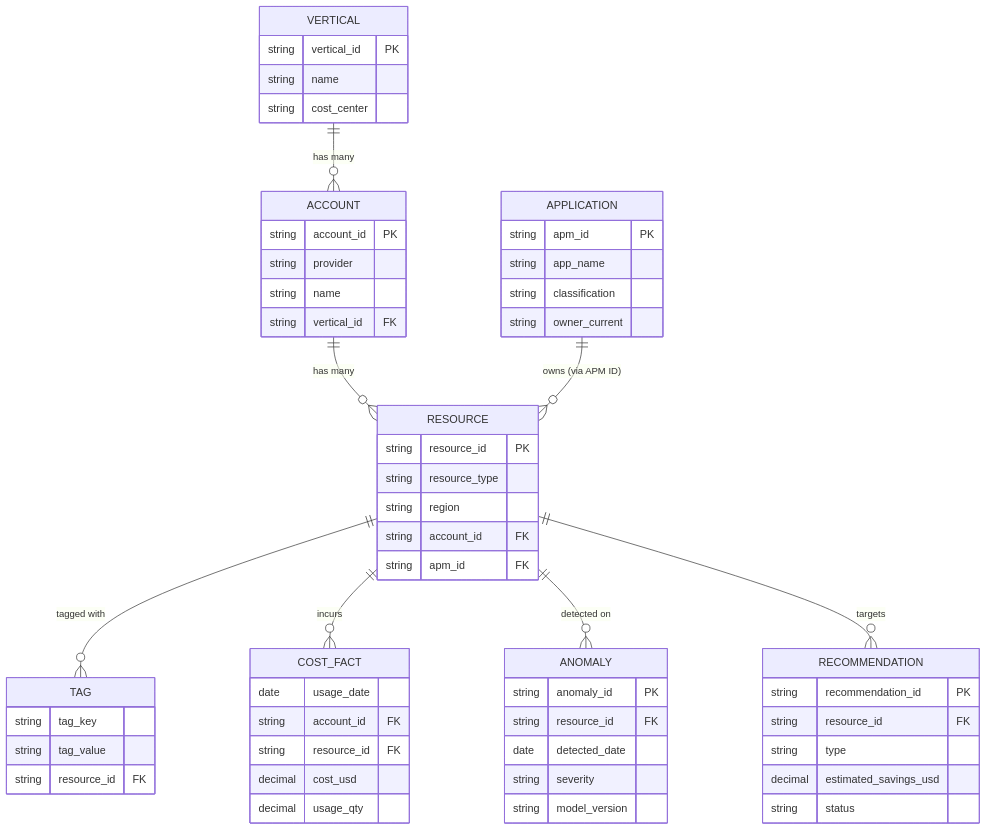
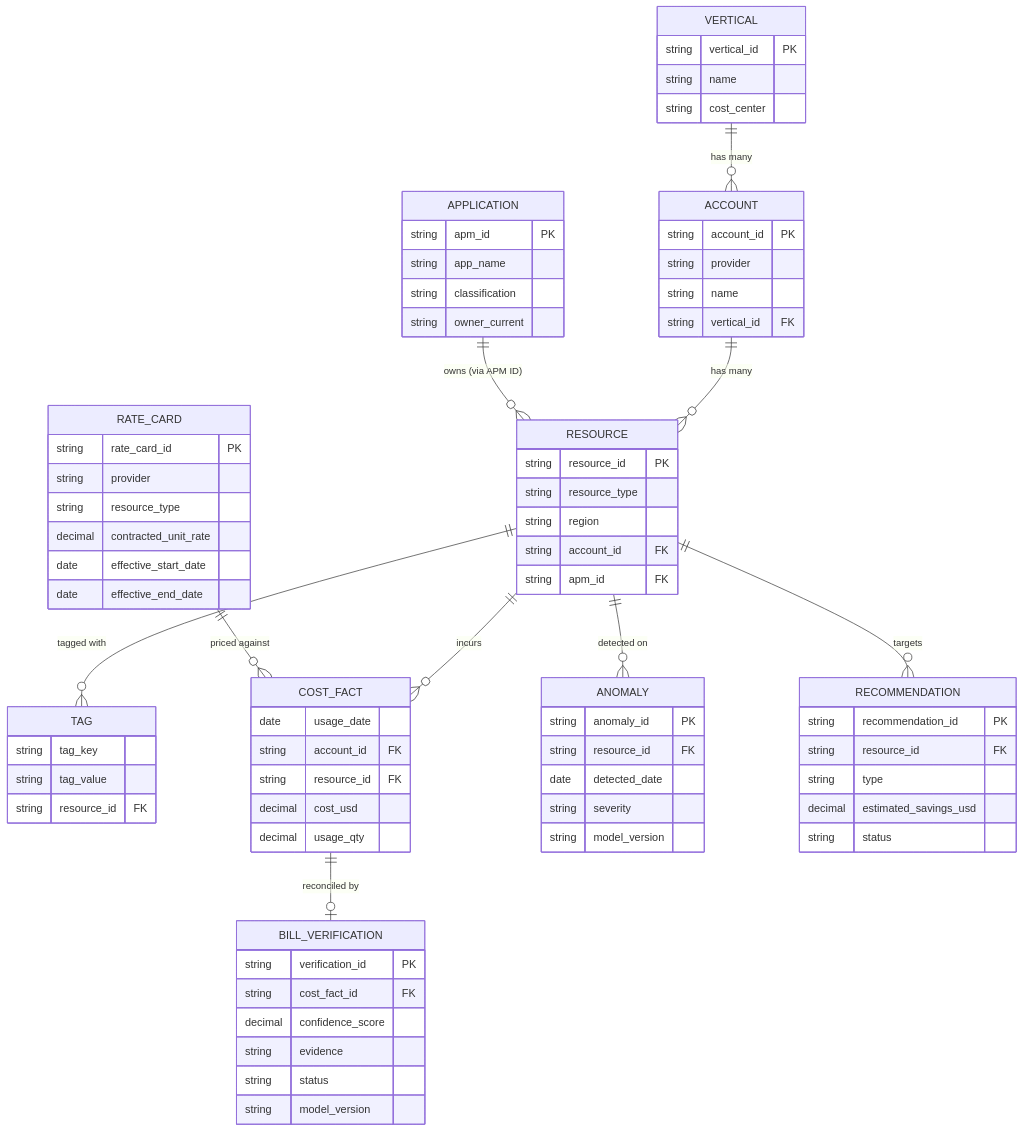
Before and after one commit to mbnest/finops-intelligence-platform: the second of 2 diagrams in docs/Solution_Architecture_Data_Foundations.md, drawn with Mermaid. The commit also changed other lines of this file and 5 other files, not shown here.

````diff
--- a/docs/Solution_Architecture_Data_Foundations.md
+++ b/docs/Solution_Architecture_Data_Foundations.md
@@ -114,61 +115,79 @@
 ```mermaid
 erDiagram
     VERTICAL ||--o{ ACCOUNT : "has many"
     ACCOUNT ||--o{ RESOURCE : "has many"
     APPLICATION ||--o{ RESOURCE : "owns (via APM ID)"
     RESOURCE ||--o{ TAG : "tagged with"
     RESOURCE ||--o{ COST_FACT : "incurs"
     RESOURCE ||--o{ ANOMALY : "detected on"
     RESOURCE ||--o{ RECOMMENDATION : "targets"
+    RATE_CARD ||--o{ COST_FACT : "priced against"
+    COST_FACT ||--o| BILL_VERIFICATION : "reconciled by"
 
     VERTICAL {
         string vertical_id PK
         string name
         string cost_center
     }
     ACCOUNT {
         string account_id PK
         string provider
         string name
         string vertical_id FK
     }
     APPLICATION {
         string apm_id PK
         string app_name
         string classification
         string owner_current
     }
     RESOURCE {
         string resource_id PK
         string resource_type
         string region
         string account_id FK
         string apm_id FK
     }
     TAG {
         string tag_key
         string tag_value
         string resource_id FK
     }
     COST_FACT {
         date usage_date
         string account_id FK
         string resource_id FK
         decimal cost_usd
         decimal usage_qty
     }
     ANOMALY {
         string anomaly_id PK
         string resource_id FK
         date detected_date
         string severity
         string model_version
     }
     RECOMMENDATION {
         string recommendation_id PK
         string resource_id FK
         string type
         decimal estimated_savings_usd
         string status
     }
+    RATE_CARD {
+        string rate_card_id PK
+        string provider
+        string resource_type
+        decimal contracted_unit_rate
+        date effective_start_date
+        date effective_end_date
+    }
+    BILL_VERIFICATION {
+        string verification_id PK
+        string cost_fact_id FK
+        decimal confidence_score
+        string evidence
+        string status
+        string model_version
+    }
 ```
````
